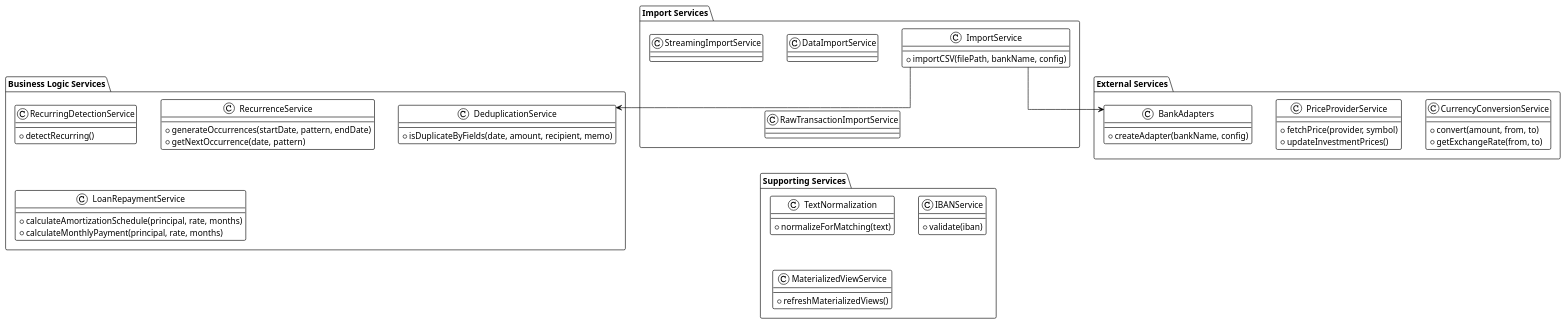
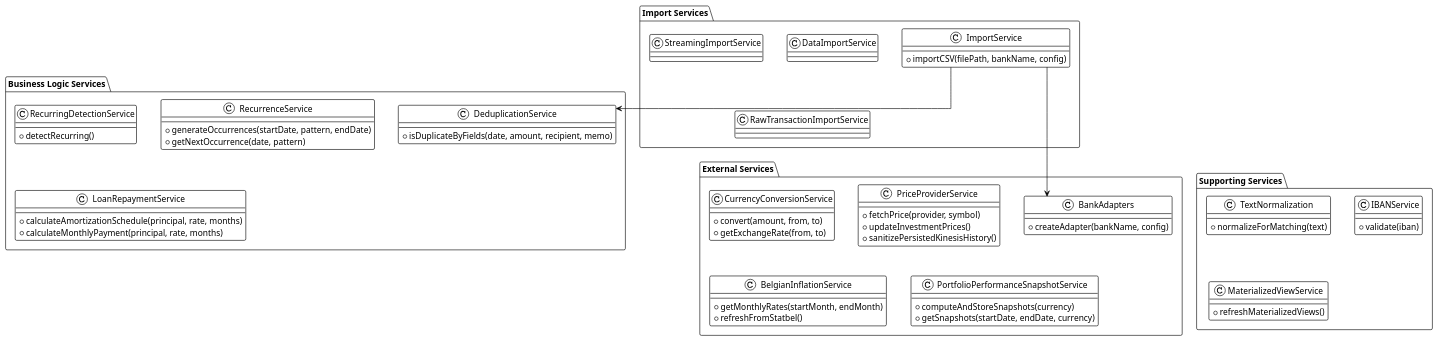
The third of 14 diagrams in docs/architecture/backend-architecture.md (EraPartner/Vision), drawn with PlantUML before and after one commit. The commit also changed other lines of this file and 85 other files, not shown here.

```diff
--- a/docs/architecture/backend-architecture.md
+++ b/docs/architecture/backend-architecture.md
@@ -308,6 +311,17 @@
   class PriceProviderService {
     +fetchPrice(provider, symbol)
     +updateInvestmentPrices()
+    +sanitizePersistedKinesisHistory()
+  }
+
+  class BelgianInflationService {
+    +getMonthlyRates(startMonth, endMonth)
+    +refreshFromStatbel()
+  }
+
+  class PortfolioPerformanceSnapshotService {
+    +computeAndStoreSnapshots(currency)
+    +getSnapshots(startDate, endDate, currency)
   }
 
   class BankAdapters {
```
